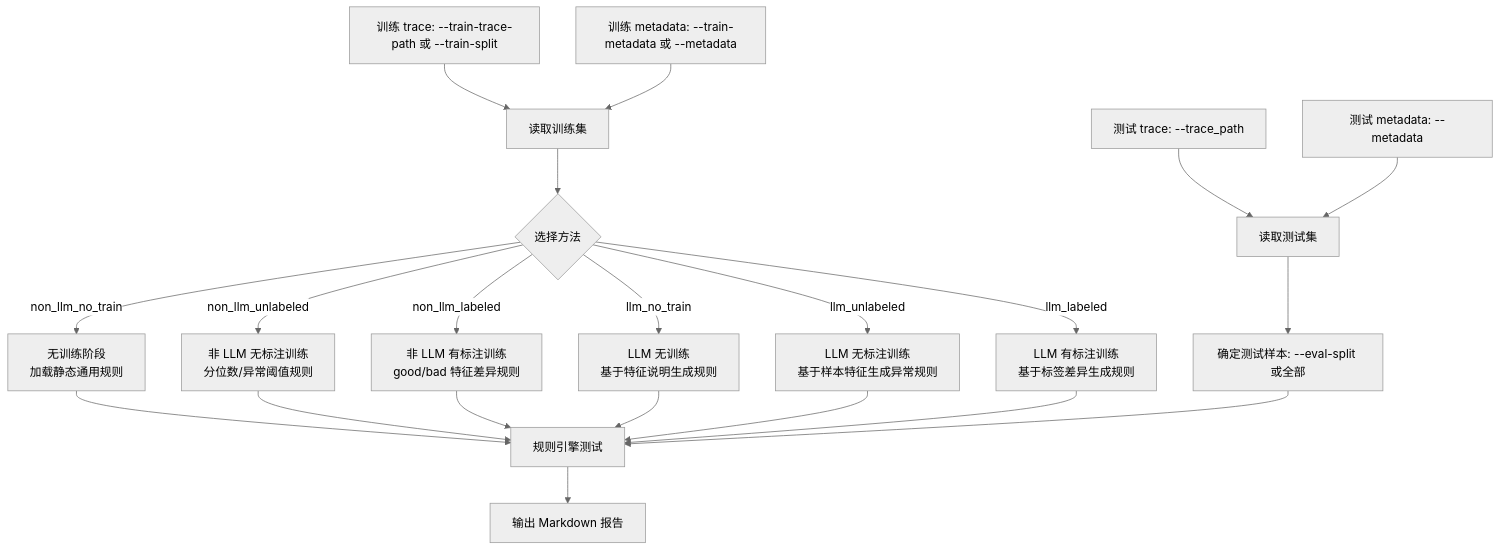
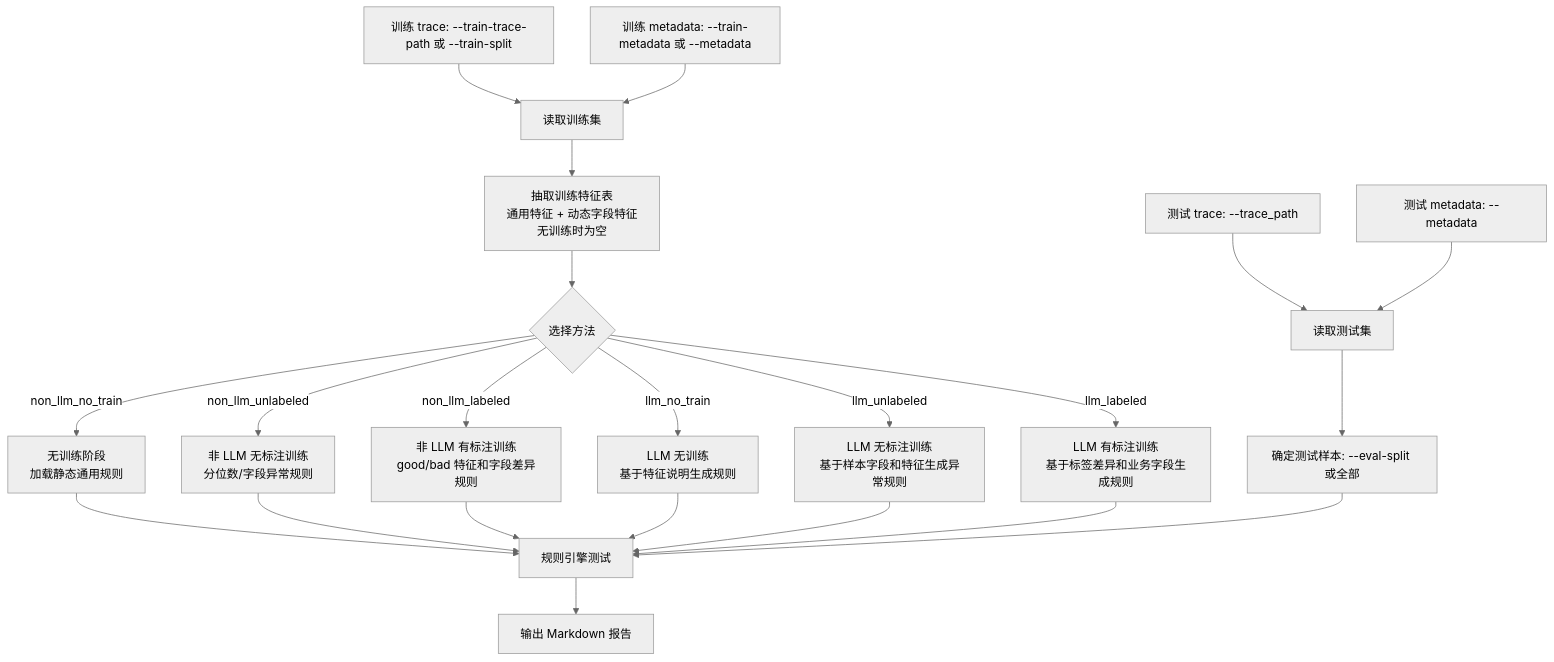
Before and after one commit to hehe03/skills-repo: the diagram in TraceSorter/Readme.md, drawn with Mermaid (neutral theme). The commit also changed other lines of this file and 5 other files, not shown here.

````diff
--- a/TraceSorter/Readme.md
+++ b/TraceSorter/Readme.md
@@ -72,23 +72,24 @@
 ```mermaid
 flowchart TD
     A["测试 trace: --trace_path"] --> B["读取测试集"]
     AM["测试 metadata: --metadata"] --> B
     T["训练 trace: --train-trace-path 或 --train-split"] --> C["读取训练集"]
     TM["训练 metadata: --train-metadata 或 --metadata"] --> C
     B --> D["确定测试样本: --eval-split 或全部"]
-    C --> E{"选择方法"}
+    C --> X["抽取训练特征表<br/>通用特征 + 动态字段特征<br/>无训练时为空"]
+    X --> E{"选择方法"}
     E -->|non_llm_no_train| F["无训练阶段<br/>加载静态通用规则"]
-    E -->|non_llm_unlabeled| G["非 LLM 无标注训练<br/>分位数/异常阈值规则"]
-    E -->|non_llm_labeled| H["非 LLM 有标注训练<br/>good/bad 特征差异规则"]
+    E -->|non_llm_unlabeled| G["非 LLM 无标注训练<br/>分位数/字段异常规则"]
+    E -->|non_llm_labeled| H["非 LLM 有标注训练<br/>good/bad 特征和字段差异规则"]
     E -->|llm_no_train| I["LLM 无训练<br/>基于特征说明生成规则"]
-    E -->|llm_unlabeled| J["LLM 无标注训练<br/>基于样本特征生成异常规则"]
-    E -->|llm_labeled| K["LLM 有标注训练<br/>基于标签差异生成规则"]
+    E -->|llm_unlabeled| J["LLM 无标注训练<br/>基于样本字段和特征生成异常规则"]
+    E -->|llm_labeled| K["LLM 有标注训练<br/>基于标签差异和业务字段生成规则"]
     F --> L["规则引擎测试"]
     G --> L
     H --> L
     I --> L
     J --> L
     K --> L
     D --> L
     L --> M["输出 Markdown 报告"]
 ```
````
